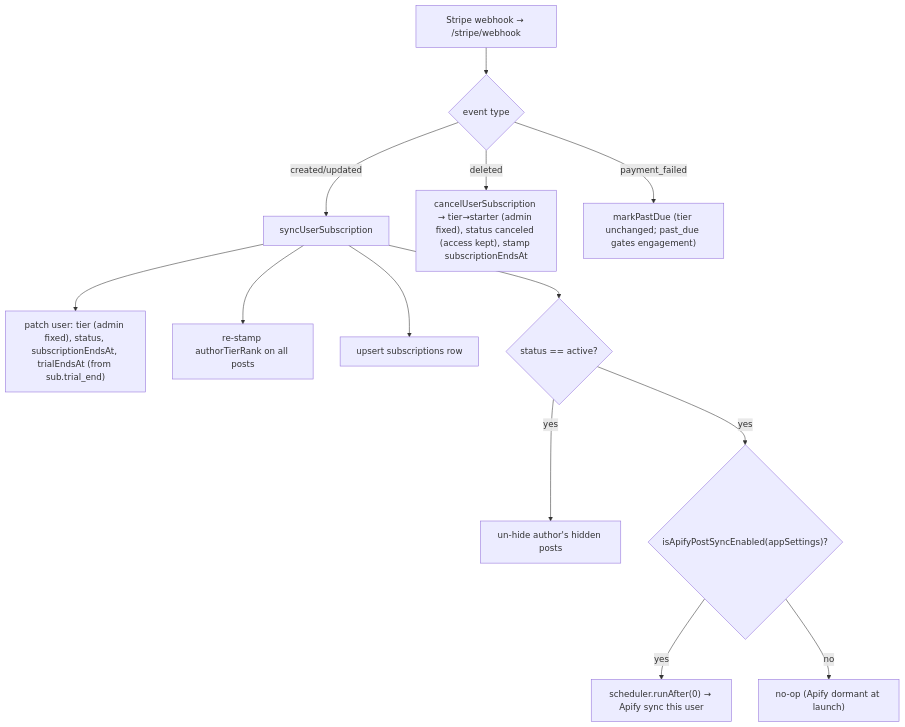
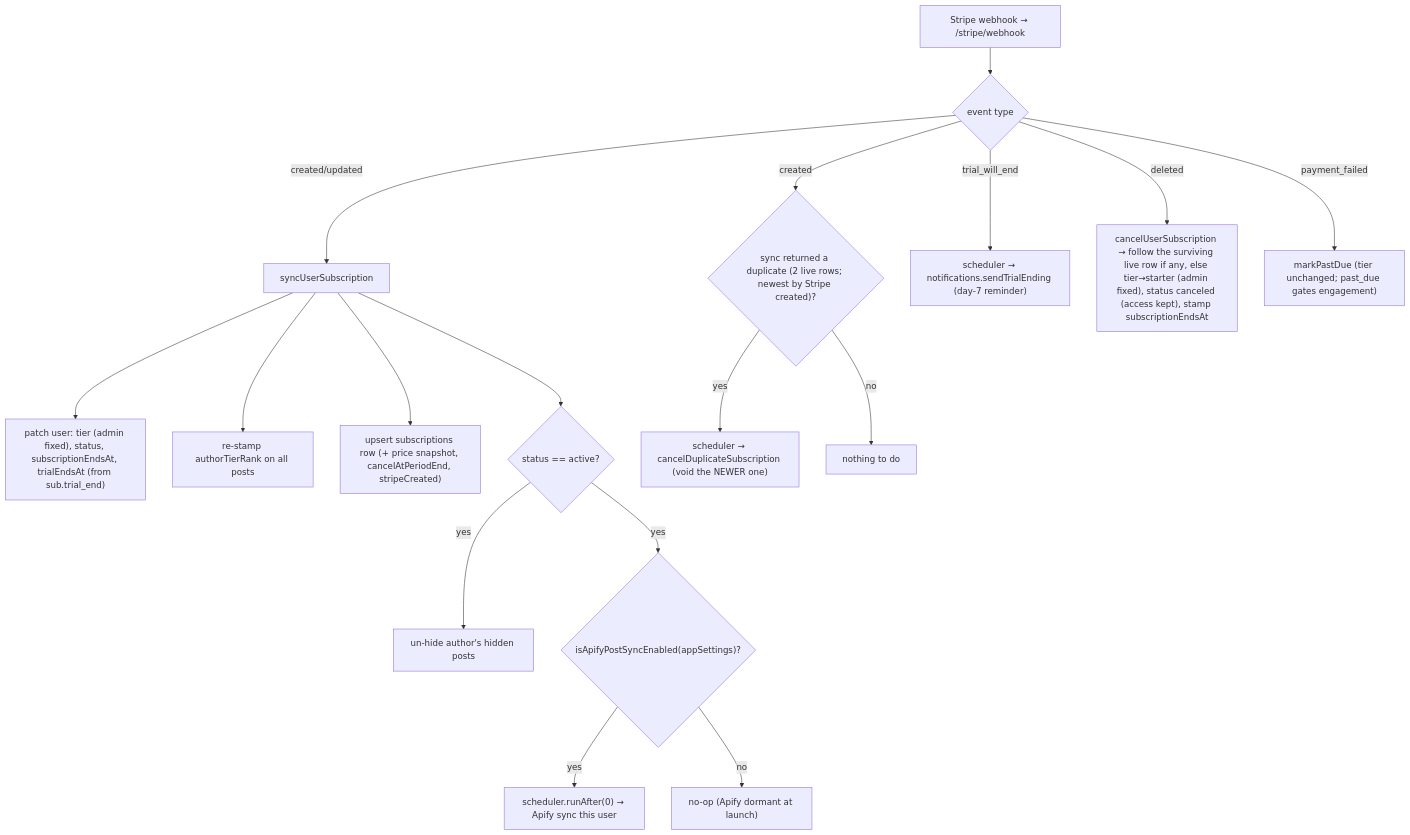
Before and after one commit to henriko202/glowing-octo-guide: the sixth of 23 diagrams in docs/PLATFORM.md, drawn with Mermaid. The commit also changed other lines of this file and 53 other files, not shown here.

First line of the commit message:
feat(billing): implement trial warnings, subscription management, and pricing adjustments

````diff
--- a/docs/PLATFORM.md
+++ b/docs/PLATFORM.md
@@ -987,15 +1093,19 @@
 ```mermaid
 flowchart TD
     W["Stripe webhook → /stripe/webhook"] --> T{"event type"}
     T -->|created/updated| SYNC["syncUserSubscription"]
     SYNC --> P1["patch user: tier (admin fixed), status, subscriptionEndsAt, trialEndsAt (from sub.trial_end)"]
     SYNC --> P2["re-stamp authorTierRank on all posts"]
-    SYNC --> P3["upsert subscriptions row"]
+    SYNC --> P3["upsert subscriptions row (+ price snapshot, cancelAtPeriodEnd, stripeCreated)"]
     SYNC --> ACT{"status == active?"}
     ACT -->|yes| U1["un-hide author's hidden posts"]
     ACT -->|yes| G{"isApifyPostSyncEnabled(appSettings)?"}
     G -->|yes| U2["scheduler.runAfter(0) → Apify sync this user"]
     G -->|no| NOOP["no-op (Apify dormant at launch)"]
-    T -->|deleted| CAN["cancelUserSubscription → tier→starter (admin fixed), status canceled (access kept), stamp subscriptionEndsAt"]
+    T -->|created| DUP{"sync returned a duplicate (2 live rows; newest by Stripe created)?"}
+    DUP -->|yes| CDS["scheduler → cancelDuplicateSubscription (void the NEWER one)"]
+    DUP -->|no| OK["nothing to do"]
+    T -->|trial_will_end| TWE["scheduler → notifications.sendTrialEnding (day-7 reminder)"]
+    T -->|deleted| CAN["cancelUserSubscription → follow the surviving live row if any, else tier→starter (admin fixed), status canceled (access kept), stamp subscriptionEndsAt"]
     T -->|payment_failed| PD["markPastDue (tier unchanged; past_due gates engagement)"]
 ```
````
